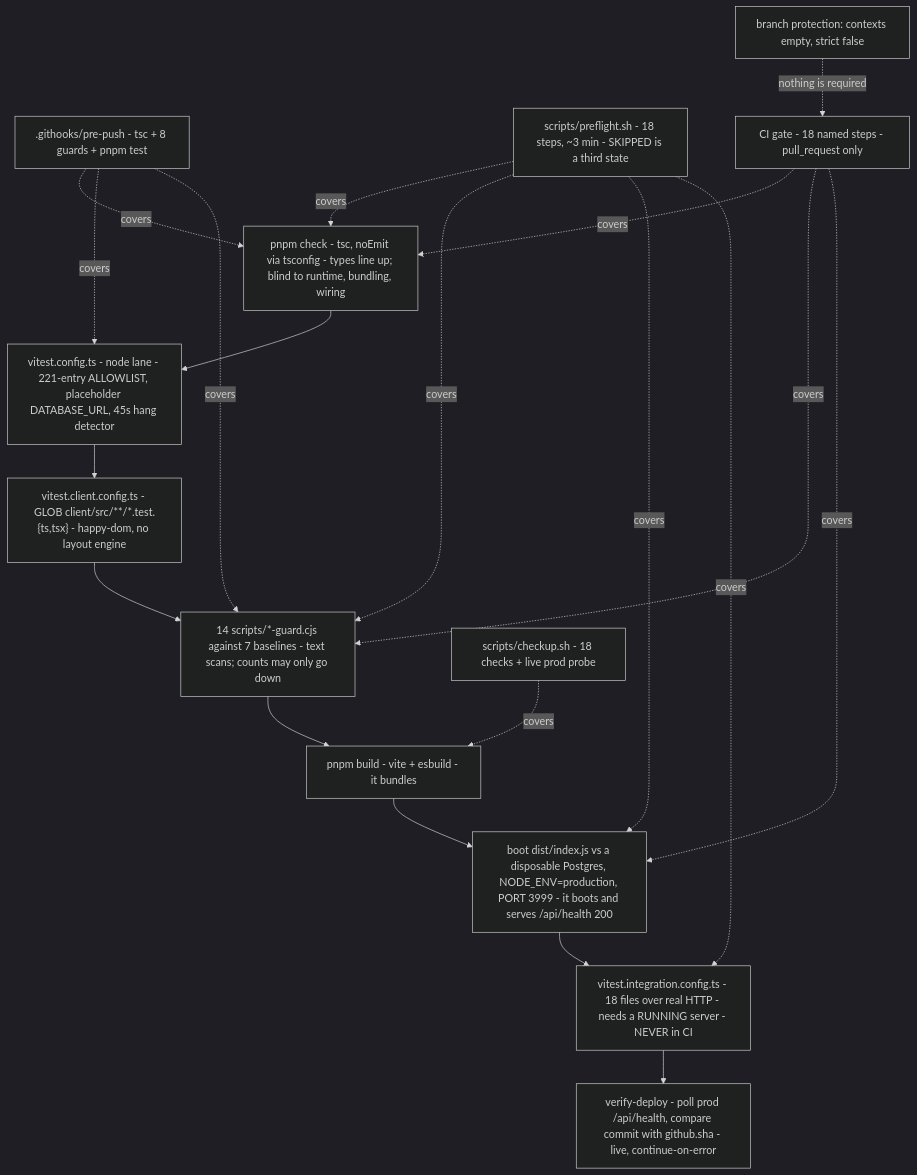
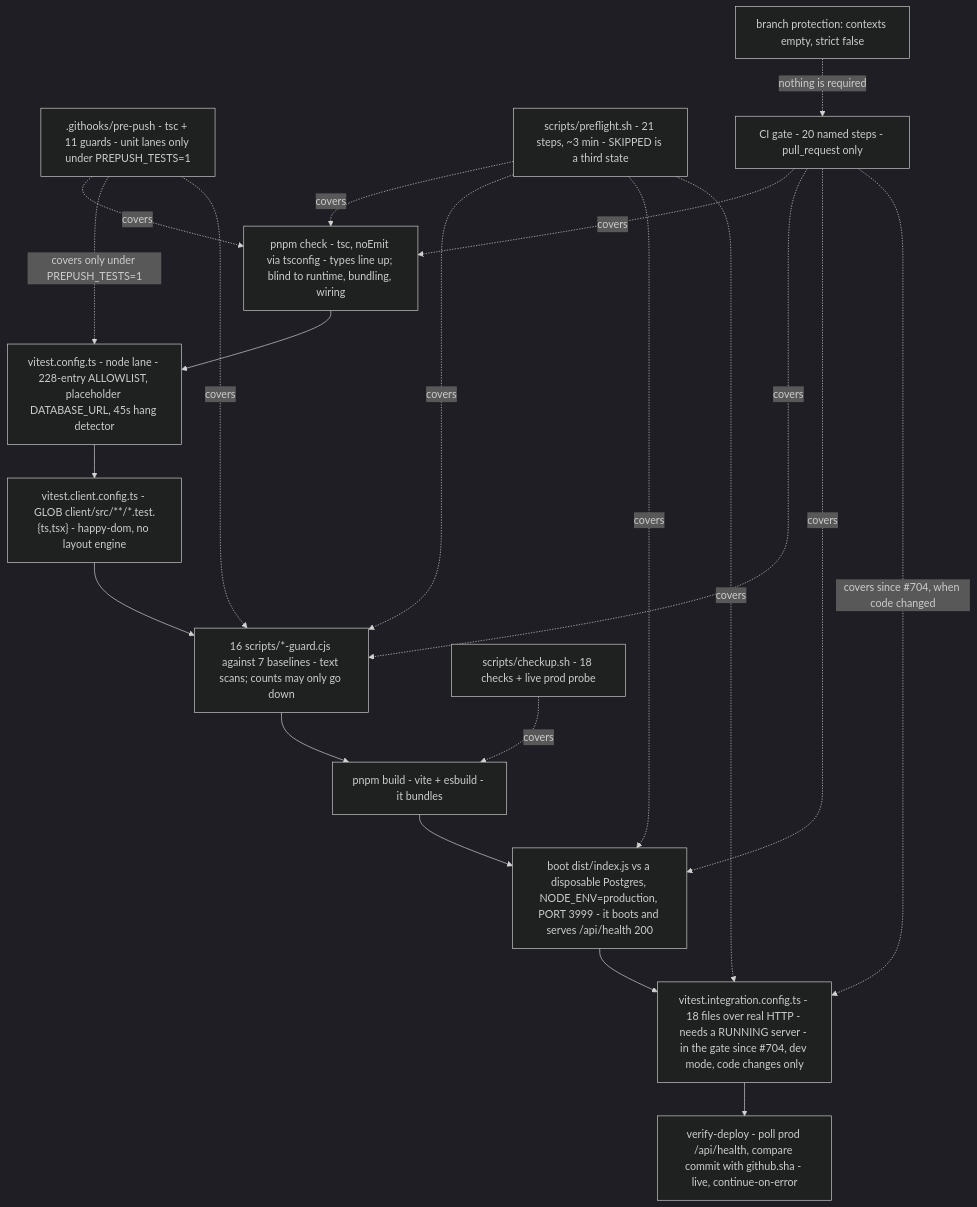
One commit to barakatammre84/Homiquity changed the diagram in knowledge-base/handoff/07-test-harness-and-ci-proof.md. Above: the diagram before and after it, drawn with Mermaid (dark theme). The commit also changed other lines of this file and 30 other files, not shown here.

````diff
--- a/knowledge-base/handoff/07-test-harness-and-ci-proof.md
+++ b/knowledge-base/handoff/07-test-harness-and-ci-proof.md
@@ -53,23 +58,24 @@
 ```mermaid
 flowchart TD
   A["pnpm check - tsc, noEmit via tsconfig - types line up; blind to runtime, bundling, wiring"]
-  A --> B["vitest.config.ts - node lane - 221-entry ALLOWLIST, placeholder DATABASE_URL, 45s hang detector"]
+  A --> B["vitest.config.ts - node lane - 228-entry ALLOWLIST, placeholder DATABASE_URL, 45s hang detector"]
   B --> C["vitest.client.config.ts - GLOB client/src/**/*.test.{ts,tsx} - happy-dom, no layout engine"]
-  C --> D["14 scripts/*-guard.cjs against 7 baselines - text scans; counts may only go down"]
+  C --> D["16 scripts/*-guard.cjs against 7 baselines - text scans; counts may only go down"]
   D --> E["pnpm build - vite + esbuild - it bundles"]
   E --> F["boot dist/index.js vs a disposable Postgres, NODE_ENV=production, PORT 3999 - it boots and serves /api/health 200"]
-  F --> G["vitest.integration.config.ts - 18 files over real HTTP - needs a RUNNING server - NEVER in CI"]
+  F --> G["vitest.integration.config.ts - 18 files over real HTTP - needs a RUNNING server - in the gate since #704, dev mode, code changes only"]
   G --> H["verify-deploy - poll prod /api/health, compare commit with github.sha - live, continue-on-error"]
-  P[".githooks/pre-push - tsc + 8 guards + pnpm test"] -. covers .-> A
-  P -. covers .-> B
+  P[".githooks/pre-push - tsc + 11 guards - unit lanes only under PREPUSH_TESTS=1"] -. covers .-> A
+  P -. "covers only under PREPUSH_TESTS=1" .-> B
   P -. covers .-> D
-  Q["scripts/preflight.sh - 18 steps, ~3 min - SKIPPED is a third state"] -. covers .-> A
+  Q["scripts/preflight.sh - 21 steps, ~3 min - SKIPPED is a third state"] -. covers .-> A
   Q -. covers .-> D
   Q -. covers .-> F
   Q -. covers .-> G
-  R["CI gate - 18 named steps - pull_request only"] -. covers .-> A
+  R["CI gate - 20 named steps - pull_request only"] -. covers .-> A
   R -. covers .-> D
   R -. covers .-> F
+  R -. "covers since #704, when code changed" .-> G
   S["scripts/checkup.sh - 18 checks + live prod probe"] -. covers .-> E
   T["branch protection: contexts empty, strict false"] -. "nothing is required" .-> R
 ```
````
